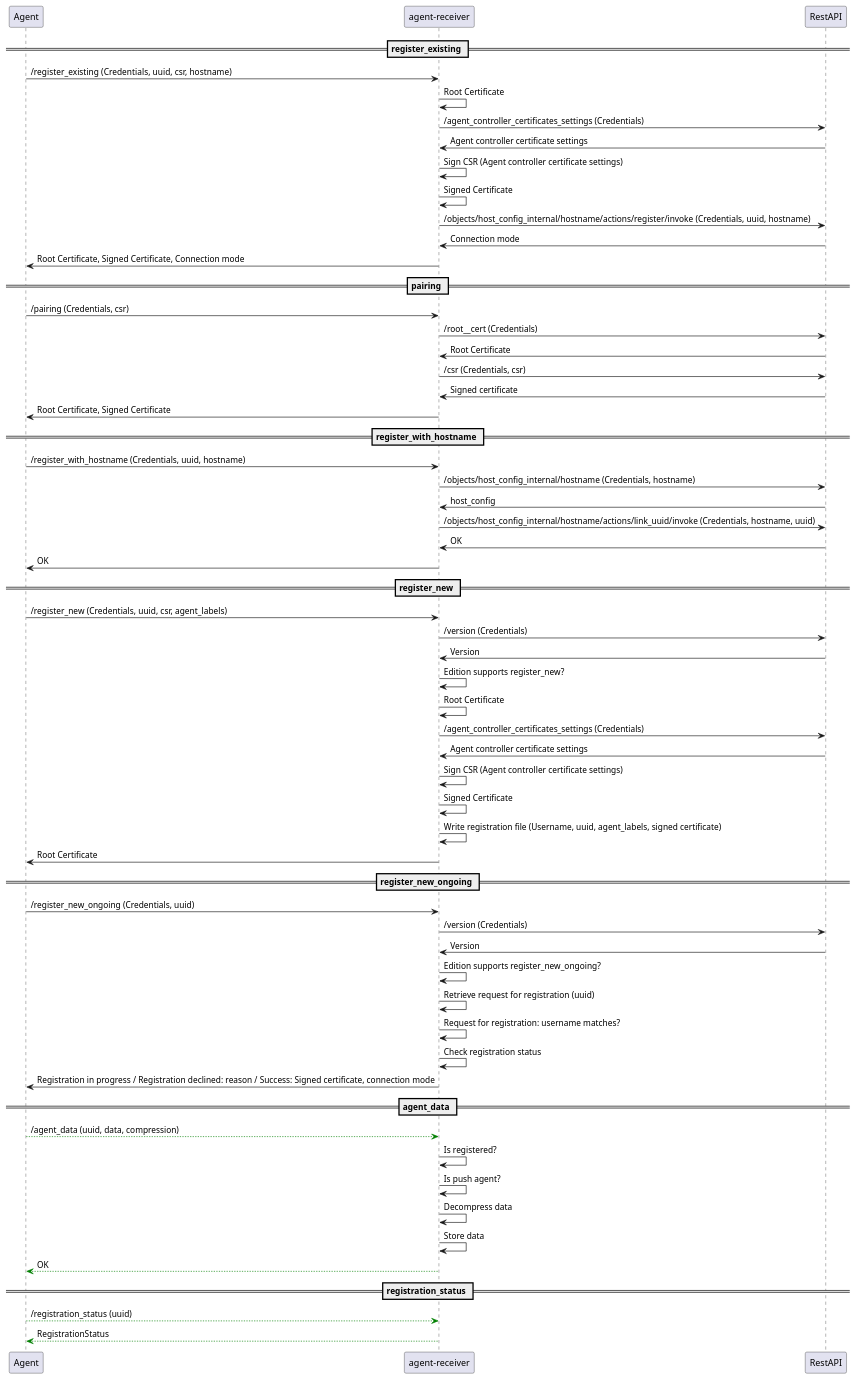
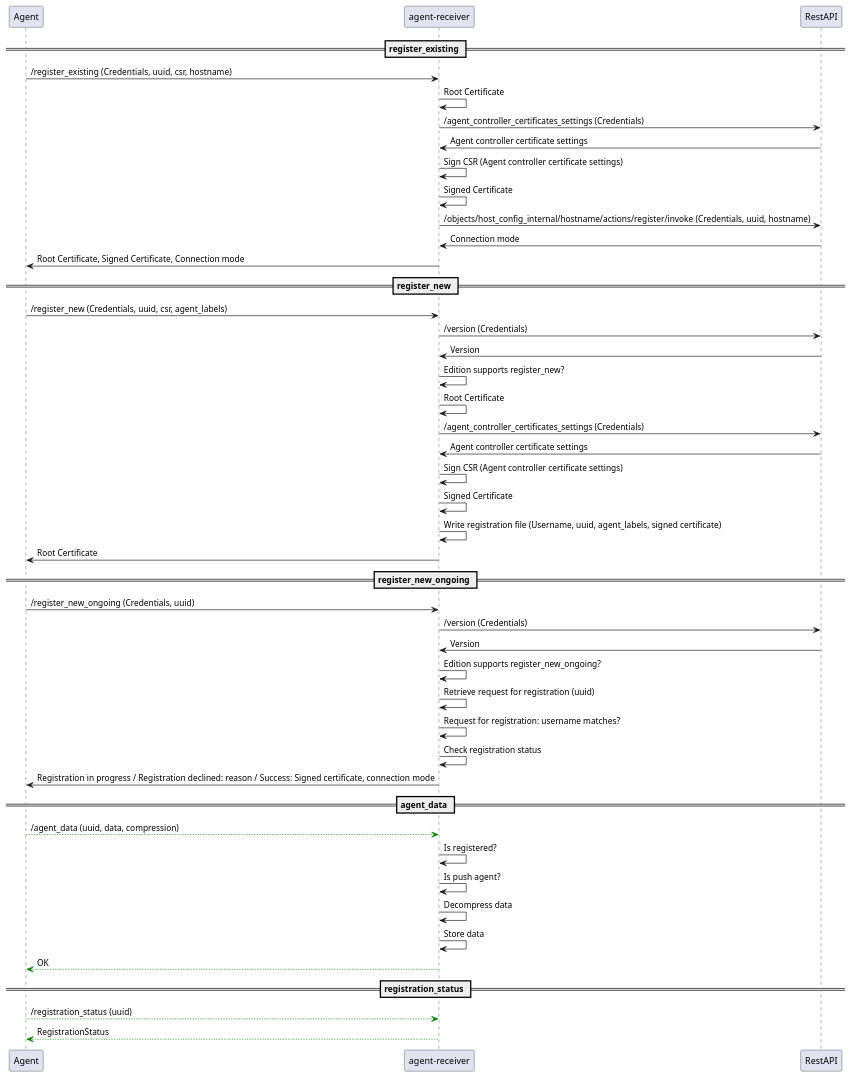
One commit to Checkmk/checkmk changed the diagram in doc/documentation/arch-comp-agent-receiver.puml. Above: the diagram before and after it, drawn with PlantUML. The commit also changed 23 other files, not shown here.

First line of the commit message:
agent registration: remove the 2.1 pairing

```diff
--- a/doc/documentation/arch-comp-agent-receiver.puml
+++ b/doc/documentation/arch-comp-agent-receiver.puml
@@ -1,83 +1,63 @@
 @startuml
 
 participant Agent as agent
 participant "agent-receiver" as agent_receiver
 participant "RestAPI" as rest_api
 
 == register_existing ==
 
 agent -> agent_receiver: /register_existing (Credentials, uuid, csr, hostname)
 agent_receiver -> agent_receiver: Root Certificate
 agent_receiver -> rest_api: /agent_controller_certificates_settings (Credentials)
 rest_api -> agent_receiver: Agent controller certificate settings
 agent_receiver -> agent_receiver: Sign CSR (Agent controller certificate settings)
 agent_receiver -> agent_receiver: Signed Certificate
 agent_receiver -> rest_api: /objects/host_config_internal/hostname/actions/register/invoke (Credentials, uuid, hostname)
 rest_api -> agent_receiver: Connection mode
 agent_receiver -> agent: Root Certificate, Signed Certificate, Connection mode
-
-
-== pairing ==
-
-agent -> agent_receiver:  /pairing (Credentials, csr)
-agent_receiver -> rest_api: /root__cert (Credentials)
-rest_api -> agent_receiver: Root Certificate
-agent_receiver -> rest_api: /csr (Credentials, csr)
-rest_api -> agent_receiver: Signed certificate
-agent_receiver -> agent: Root Certificate, Signed Certificate
-
-
-== register_with_hostname ==
-
-agent -> agent_receiver: /register_with_hostname (Credentials, uuid, hostname)
-agent_receiver -> rest_api: /objects/host_config_internal/hostname (Credentials, hostname)
-rest_api -> agent_receiver: host_config
-agent_receiver -> rest_api: /objects/host_config_internal/hostname/actions/link_uuid/invoke (Credentials, hostname, uuid)
-rest_api -> agent_receiver: OK
-agent_receiver -> agent: OK
 
 
 == register_new ==
 
 agent -> agent_receiver: /register_new (Credentials, uuid, csr, agent_labels)
 agent_receiver -> rest_api: /version (Credentials)
 rest_api -> agent_receiver: Version
 agent_receiver -> agent_receiver: Edition supports register_new?
 agent_receiver -> agent_receiver: Root Certificate
 agent_receiver -> rest_api: /agent_controller_certificates_settings (Credentials)
 rest_api -> agent_receiver: Agent controller certificate settings
 agent_receiver -> agent_receiver: Sign CSR (Agent controller certificate settings)
 agent_receiver -> agent_receiver: Signed Certificate
 agent_receiver -> agent_receiver: Write registration file (Username, uuid, agent_labels, signed certificate)
 agent_receiver -> agent: Root Certificate
 
 
 == register_new_ongoing ==
 
 agent -> agent_receiver: /register_new_ongoing (Credentials, uuid)
 agent_receiver -> rest_api: /version (Credentials)
 rest_api -> agent_receiver: Version
 agent_receiver -> agent_receiver: Edition supports register_new_ongoing?
 agent_receiver -> agent_receiver: Retrieve request for registration (uuid)
 agent_receiver -> agent_receiver: Request for registration: username matches?
 agent_receiver -> agent_receiver: Check registration status
 agent_receiver -> agent: Registration in progress / Registration declined: reason / Success: Signed certificate, connection mode
 
 
 == agent_data ==
 
 agent -[#green]-> agent_receiver: /agent_data (uuid, data, compression)
 agent_receiver -> agent_receiver: Is registered?
 agent_receiver -> agent_receiver: Is push agent?
 agent_receiver -> agent_receiver: Decompress data
 agent_receiver -> agent_receiver: Store data
 agent_receiver -[#green]-> agent: OK
 
 
 == registration_status ==
 
 agent -[#green]-> agent_receiver: /registration_status (uuid)
 agent_receiver -[#green]-> agent: RegistrationStatus
 
 
 @enduml
```
